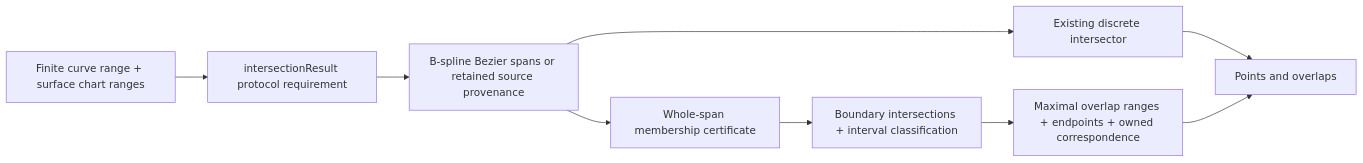
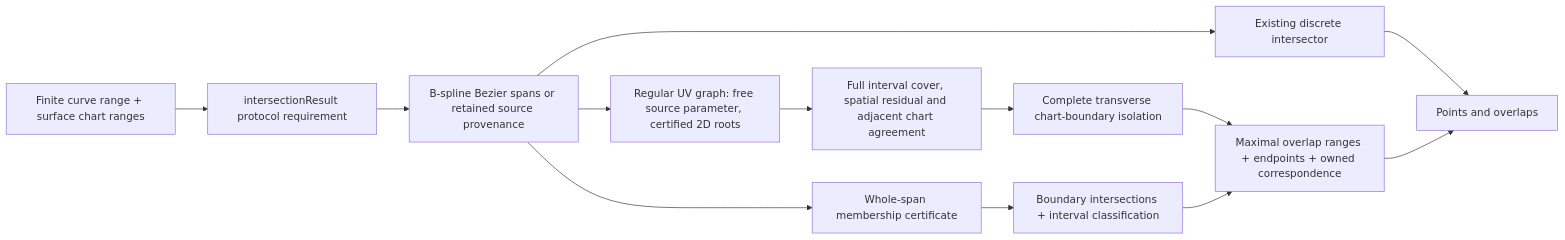
One commit to 1amageek/swift-CAD changed the diagram in Sources/CADGeometry/CurveSurfaceOverlap/DESIGN.md. Above: the diagram before and after it, drawn with Mermaid. The commit also changed other lines of this file and 19 other files, not shown here.

Commit message:
Certify regular rational curve-surface graph overlaps

````diff
--- a/Sources/CADGeometry/CurveSurfaceOverlap/DESIGN.md
+++ b/Sources/CADGeometry/CurveSurfaceOverlap/DESIGN.md
@@ -36,11 +36,15 @@
 ```mermaid
 flowchart LR
     Query["Finite curve range + surface chart ranges"] --> Resolve["intersectionResult protocol requirement"]
     Resolve --> Spans["B-spline Bezier spans or retained source provenance"]
     Spans --> Proof["Whole-span membership certificate"]
     Spans --> Discrete["Existing discrete intersector"]
     Proof --> Clip["Boundary intersections + interval classification"]
+    Spans --> Graph["Regular UV graph: free source parameter, certified 2D roots"]
+    Graph --> GraphProof["Full interval cover, spatial residual and adjacent chart agreement"]
+    GraphProof --> GraphClip["Complete transverse chart-boundary isolation"]
+    GraphClip --> Overlap
     Clip --> Overlap["Maximal overlap ranges + endpoints + owned correspondence"]
     Discrete --> Result["Points and overlaps"]
     Overlap --> Result
 ```
````
